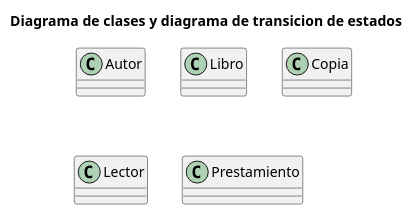
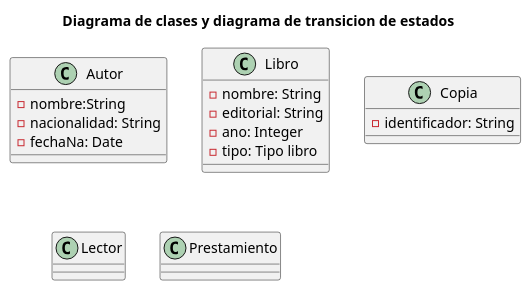
One commit to Atzlares/DiagramasUML changed the diagram in EjerciciosUML/EjerciciosUML/src/plantUMLDiagramas/Ejercicio3.puml. Above: the diagram before and after it, drawn with PlantUML.

```diff
--- a/EjerciciosUML/EjerciciosUML/src/plantUMLDiagramas/Ejercicio3.puml
+++ b/EjerciciosUML/EjerciciosUML/src/plantUMLDiagramas/Ejercicio3.puml
@@ -1,21 +1,30 @@
 @startuml
 title Diagrama de clases y diagrama de transicion de estados
 
 
 class Autor{
+-nombre:String
+-nacionalidad: String
+-fechaNa: Date
 }
 
 class Libro{
+-nombre: String
+-editorial: String
+-ano: Integer
+-tipo: Tipo libro
+
 }
 
 class Copia{
+-identificador: String
 }
 
 class Lector{
 }
 
 class Prestamiento{
 }
 
 
 @enduml
```
